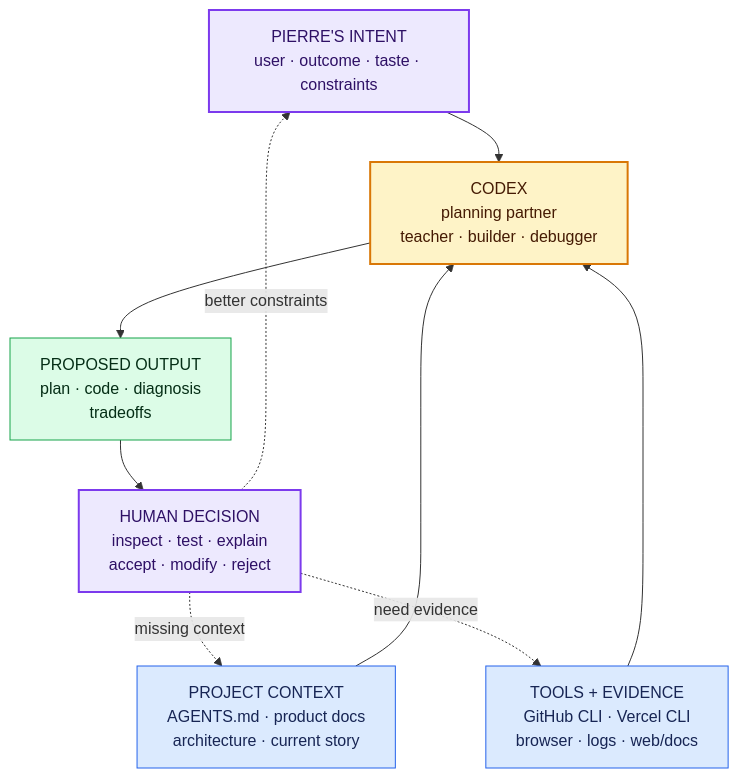
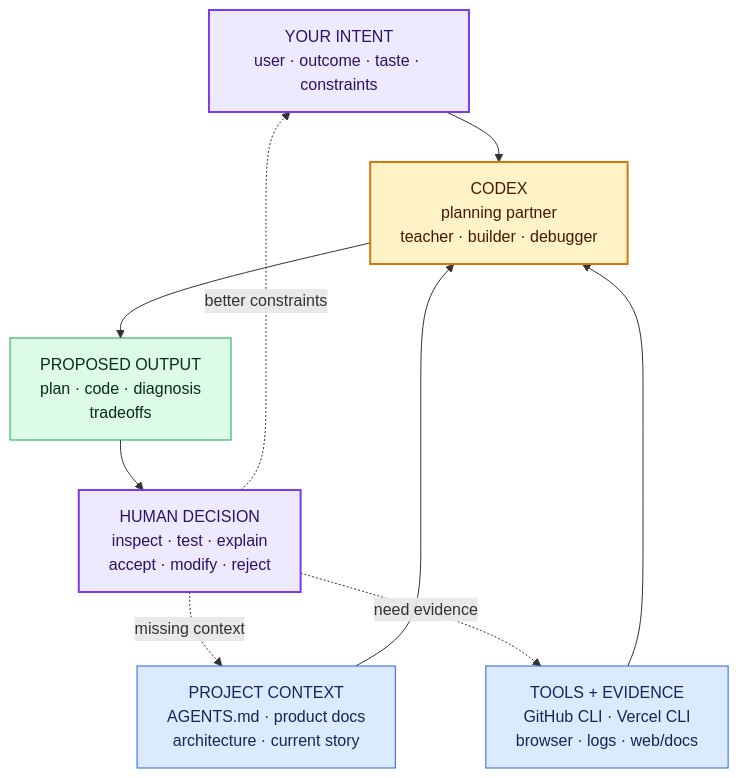
The eighth of 16 diagrams in README.md (saliftankoano/pierre-build-program), drawn with Mermaid before and after one commit. The commit also changed other lines of this file and 110 other files, not shown here.

````diff
--- a/README.md
+++ b/README.md
@@ -263,26 +267,26 @@
 ```mermaid
 flowchart TD
-    U["PIERRE'S INTENT<br/>user · outcome · taste · constraints"]
+    U["YOUR INTENT<br/>user · outcome · taste · constraints"]
     X["PROJECT CONTEXT<br/>AGENTS.md · product docs<br/>architecture · current story"]
     T["TOOLS + EVIDENCE<br/>GitHub CLI · Vercel CLI<br/>browser · logs · web/docs"]
     A["CODEX<br/>planning partner<br/>teacher · builder · debugger"]
     O["PROPOSED OUTPUT<br/>plan · code · diagnosis<br/>tradeoffs"]
     H["HUMAN DECISION<br/>inspect · test · explain<br/>accept · modify · reject"]
 
     U --> A
     X --> A
     T --> A
     A --> O --> H
     H -. "better constraints" .-> U
     H -. "missing context" .-> X
     H -. "need evidence" .-> T
 
     classDef human fill:#ede9fe,stroke:#7c3aed,color:#2e1065,stroke-width:2px;
     classDef context fill:#dbeafe,stroke:#2563eb,color:#172554;
     classDef agent fill:#fef3c7,stroke:#d97706,color:#451a03,stroke-width:2px;
     classDef output fill:#dcfce7,stroke:#16a34a,color:#052e16;
     class U,H human;
     class X,T context;
     class A agent;
     class O output;
 ```
````
